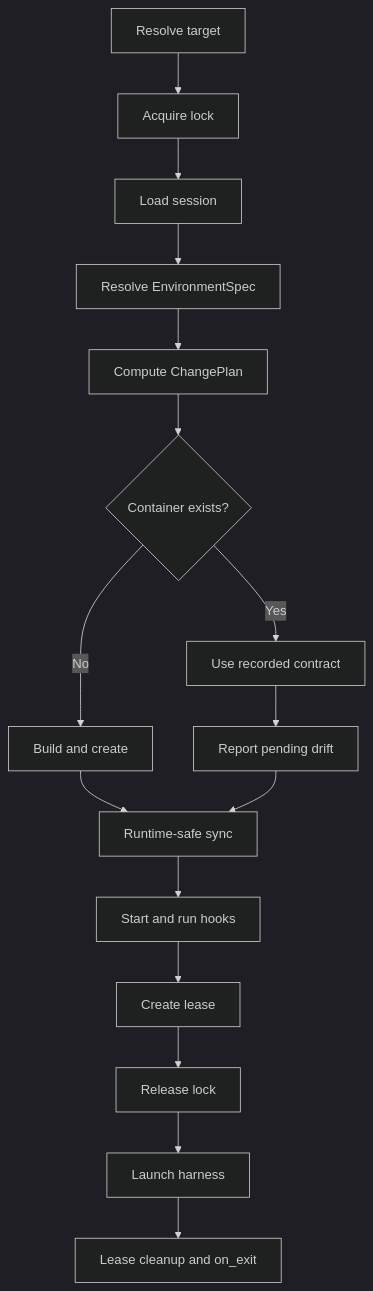
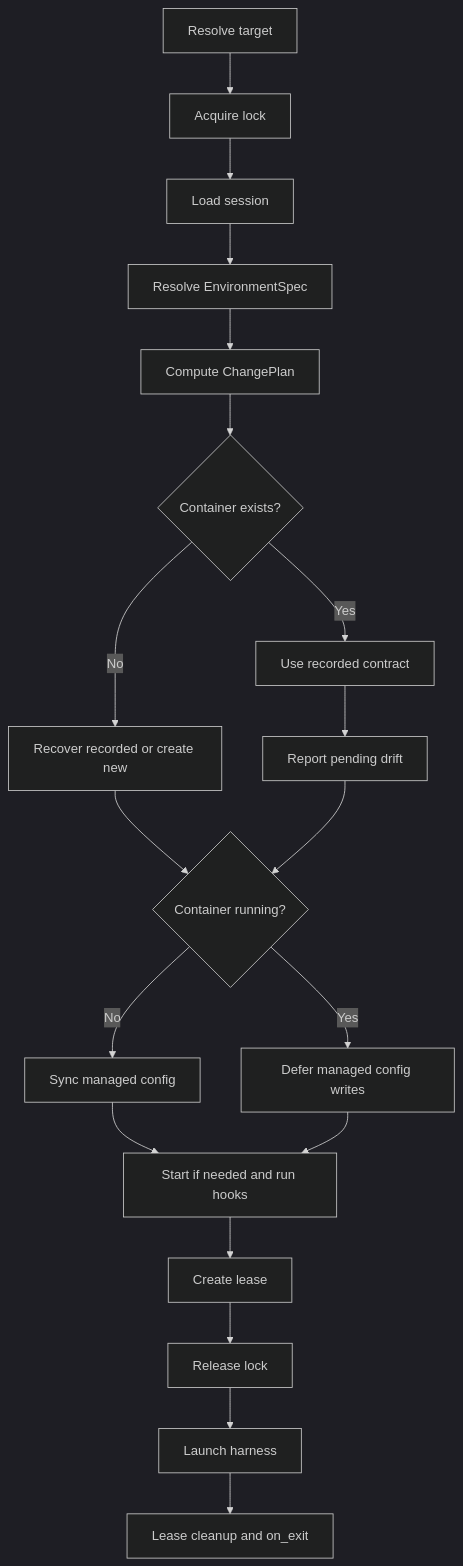
Before and after one commit to pip12345/devbox-neo: the second of 2 diagrams in docs/dev/rewrite-plan.md, drawn with Mermaid (dark theme). The commit also changed other lines of this file and 1 other file, not shown here.

````diff
--- a/docs/dev/rewrite-plan.md
+++ b/docs/dev/rewrite-plan.md
@@ -995,18 +1111,21 @@
 ```mermaid
 flowchart TD
     A[Resolve target] --> B[Acquire lock]
     B --> C[Load session]
     C --> D[Resolve EnvironmentSpec]
     D --> E[Compute ChangePlan]
     E --> F{Container exists?}
-    F -->|No| G[Build and create]
+    F -->|No| G[Recover recorded or create new]
     F -->|Yes| H[Use recorded contract]
     H --> I[Report pending drift]
-    G --> J[Runtime-safe sync]
+    G --> J{Container running?}
     I --> J
-    J --> K[Start and run hooks]
+    J -->|No| S[Sync managed config]
+    J -->|Yes| T[Defer managed config writes]
+    S --> K[Start if needed and run hooks]
+    T --> K
     K --> L[Create lease]
     L --> M[Release lock]
     M --> N[Launch harness]
     N --> O[Lease cleanup and on_exit]
 ```
````
